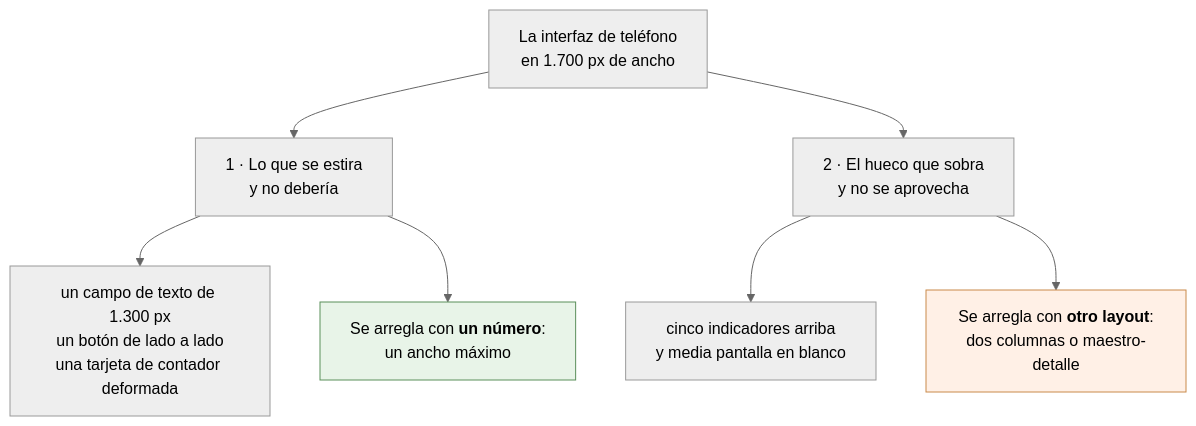
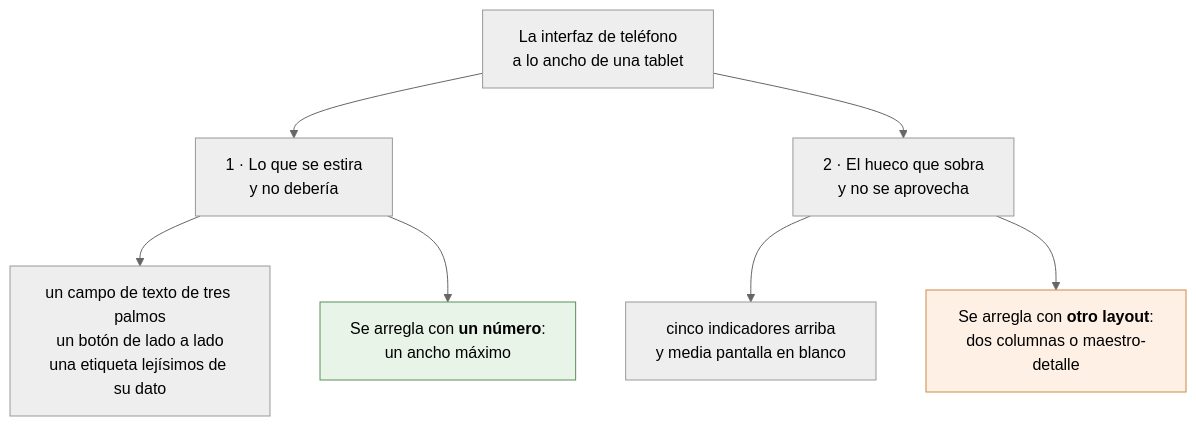
The first of 3 diagrams in docs/tablets.md (bluesky777/myvc_flutter), drawn with Mermaid (neutral theme) before and after one commit. The commit also changed other lines of this file and 4 other files, not shown here.

````diff
--- a/docs/tablets.md
+++ b/docs/tablets.md
@@ -19,14 +19,14 @@
 ```mermaid
 flowchart TD
-    P["La interfaz de teléfono<br/>en 1.700 px de ancho"] --> A["1 · Lo que se estira<br/>y no debería"]
+    P["La interfaz de teléfono<br/>a lo ancho de una tablet"] --> A["1 · Lo que se estira<br/>y no debería"]
     P --> B["2 · El hueco que sobra<br/>y no se aprovecha"]
 
-    A --> A1["un campo de texto de 1.300 px<br/>un botón de lado a lado<br/>una tarjeta de contador deformada"]
+    A --> A1["un campo de texto de tres palmos<br/>un botón de lado a lado<br/>una etiqueta lejísimos de su dato"]
     A --> A2["Se arregla con <b>un número</b>:<br/>un ancho máximo"]
 
     B --> B1["cinco indicadores arriba<br/>y media pantalla en blanco"]
     B --> B2["Se arregla con <b>otro layout</b>:<br/>dos columnas o maestro-detalle"]
 
     style A2 fill:#e8f4e8,stroke:#5a8f5a
     style B2 fill:#fff0e6,stroke:#c98a4b
 ```
````
